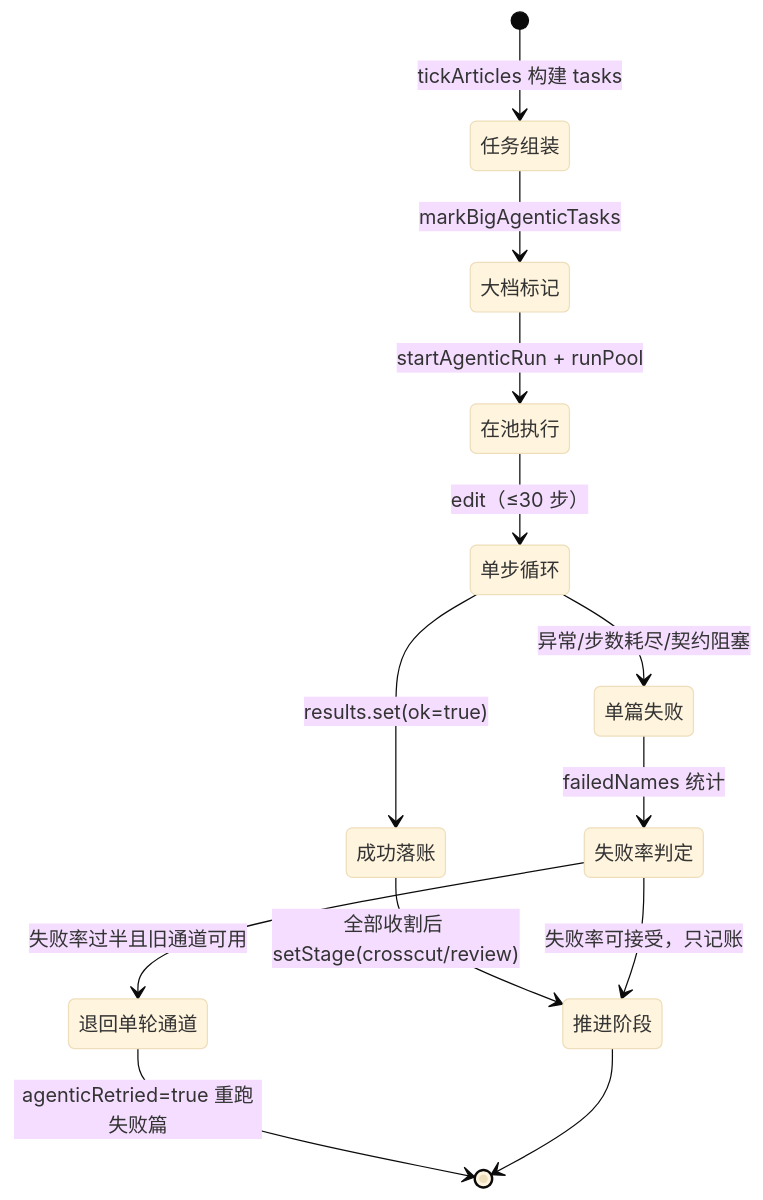
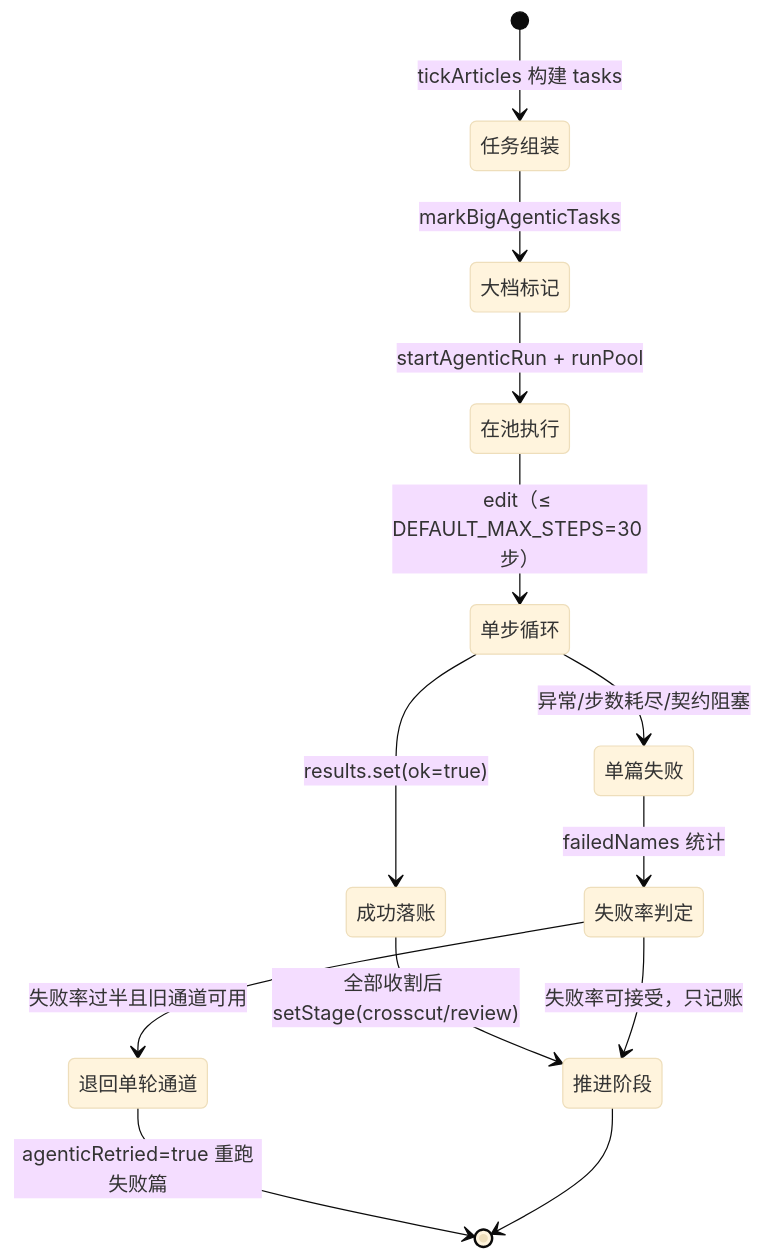
The fourth of 4 diagrams in .codewiki/_native-state/docs/agentic_support/agentic_support_tooling.md (ikliml666/dsh-codewiki), drawn with Mermaid (base theme) before and after one commit. The commit also changed other lines of this file and 17 other files, not shown here.

````diff
--- a/.codewiki/_native-state/docs/agentic_support/agentic_support_tooling.md
+++ b/.codewiki/_native-state/docs/agentic_support/agentic_support_tooling.md
@@ -149,15 +149,15 @@
 ```mermaid
 stateDiagram-v2
     [*] --> 任务组装: tickArticles 构建 tasks
     任务组装 --> 大档标记: markBigAgenticTasks
     大档标记 --> 在池执行: startAgenticRun + runPool
-    在池执行 --> 单步循环: edit（≤30 步）
+    在池执行 --> 单步循环: edit（≤ DEFAULT_MAX_STEPS=30 步）
     单步循环 --> 成功落账: results.set(ok=true)
     单步循环 --> 单篇失败: 异常/步数耗尽/契约阻塞
     成功落账 --> 推进阶段: 全部收割后 setStage(crosscut/review)
     单篇失败 --> 失败率判定: failedNames 统计
     失败率判定 --> 退回单轮通道: 失败率过半且旧通道可用
     失败率判定 --> 推进阶段: 失败率可接受，只记账
     退回单轮通道 --> [*]: agenticRetried=true 重跑失败篇
     推进阶段 --> [*]
 ```
````
